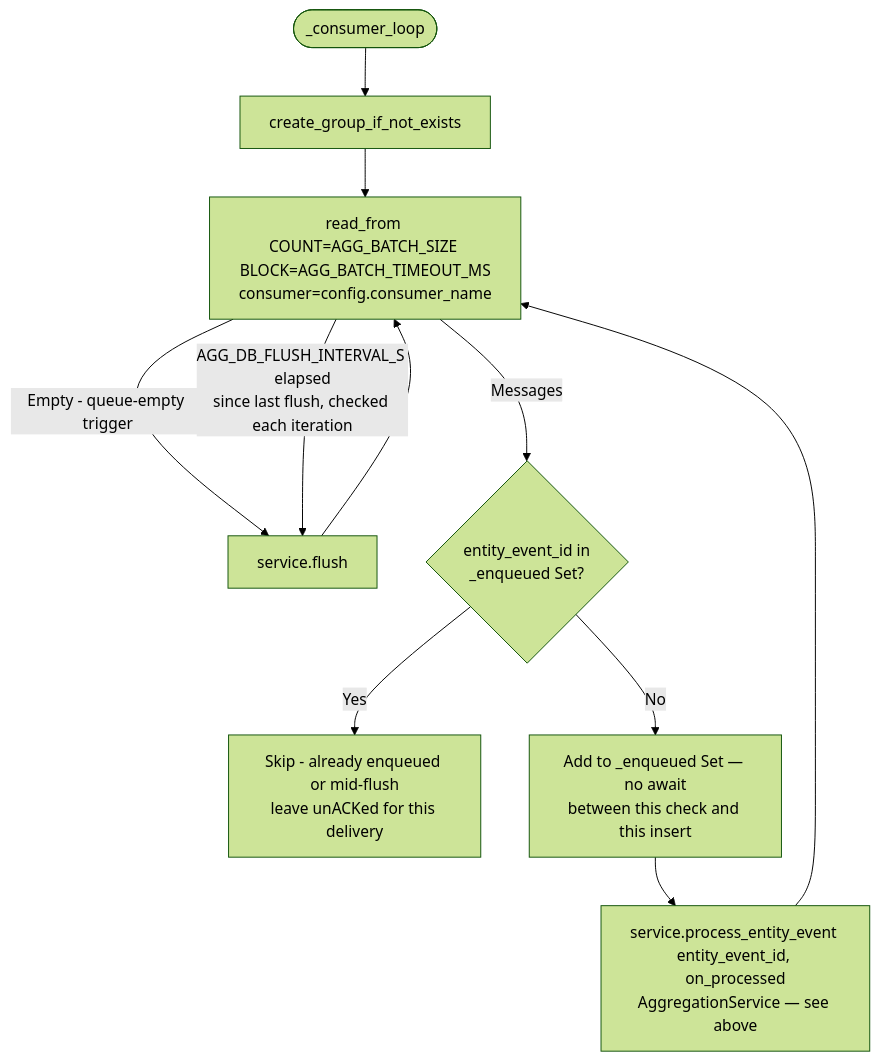
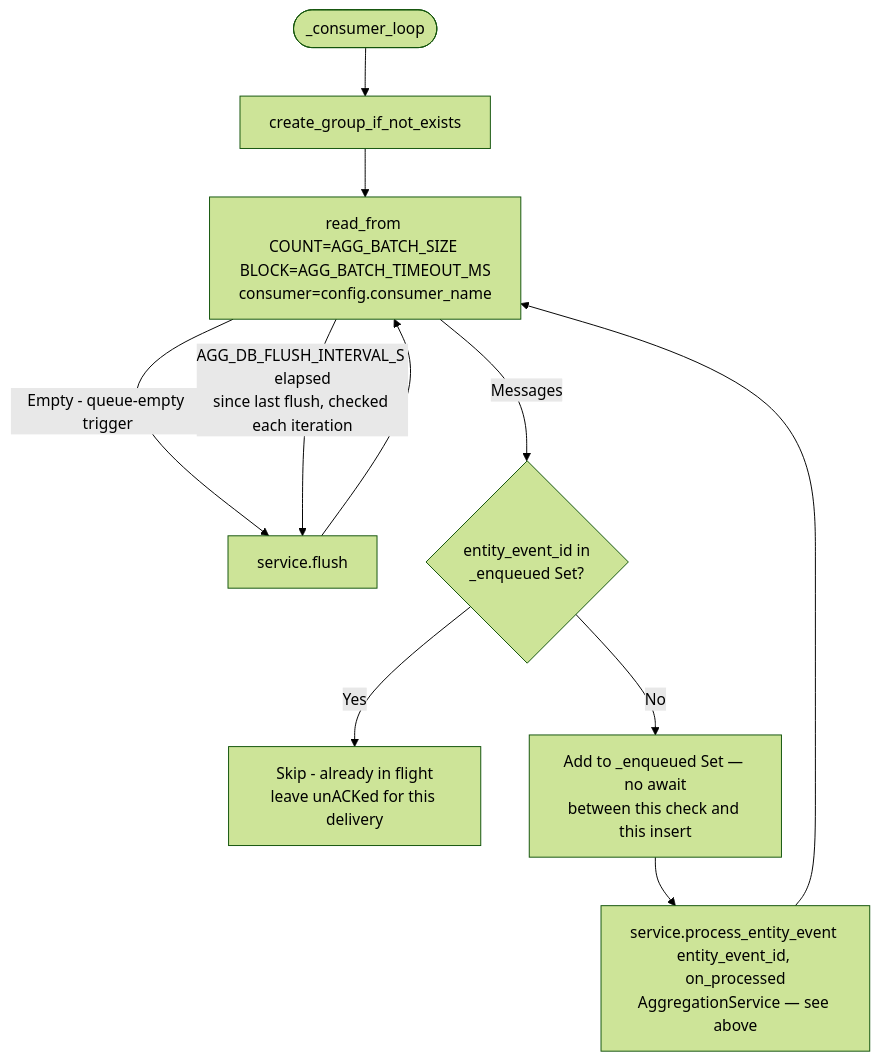
Before and after one commit to mars-xiaoyi/wealthfinder: the second of 4 diagrams in stock-assistant-pipeline-intelligence/docs/implementation.md, drawn with Mermaid (forest theme). The commit also changed other lines of this file and 1 other file, not shown here.

````diff
--- a/stock-assistant-pipeline-intelligence/docs/implementation.md
+++ b/stock-assistant-pipeline-intelligence/docs/implementation.md
@@ -3510,13 +3741,13 @@
 ```mermaid
 flowchart TD
     A([_consumer_loop]) --> B[create_group_if_not_exists]
     B --> C[read_from COUNT=AGG_BATCH_SIZE BLOCK=AGG_BATCH_TIMEOUT_MS\nconsumer=config.consumer_name]
     C -->|Empty - queue-empty trigger| FLUSH[service.flush]
     C -->|AGG_DB_FLUSH_INTERVAL_S elapsed\nsince last flush, checked each iteration| FLUSH
     C -->|Messages| RTE{entity_event_id in\n_enqueued Set?}
-    RTE -->|Yes| SKIP[Skip - already enqueued or mid-flush\nleave unACKed for this delivery]
+    RTE -->|Yes| SKIP[Skip - already in flight\nleave unACKed for this delivery]
     RTE -->|No| ADD[Add to _enqueued Set — no await\nbetween this check and this insert]
     ADD --> D[service.process_entity_event entity_event_id, on_processed\nAggregationService — see above]
     D --> C
     FLUSH --> C
 ```
````
